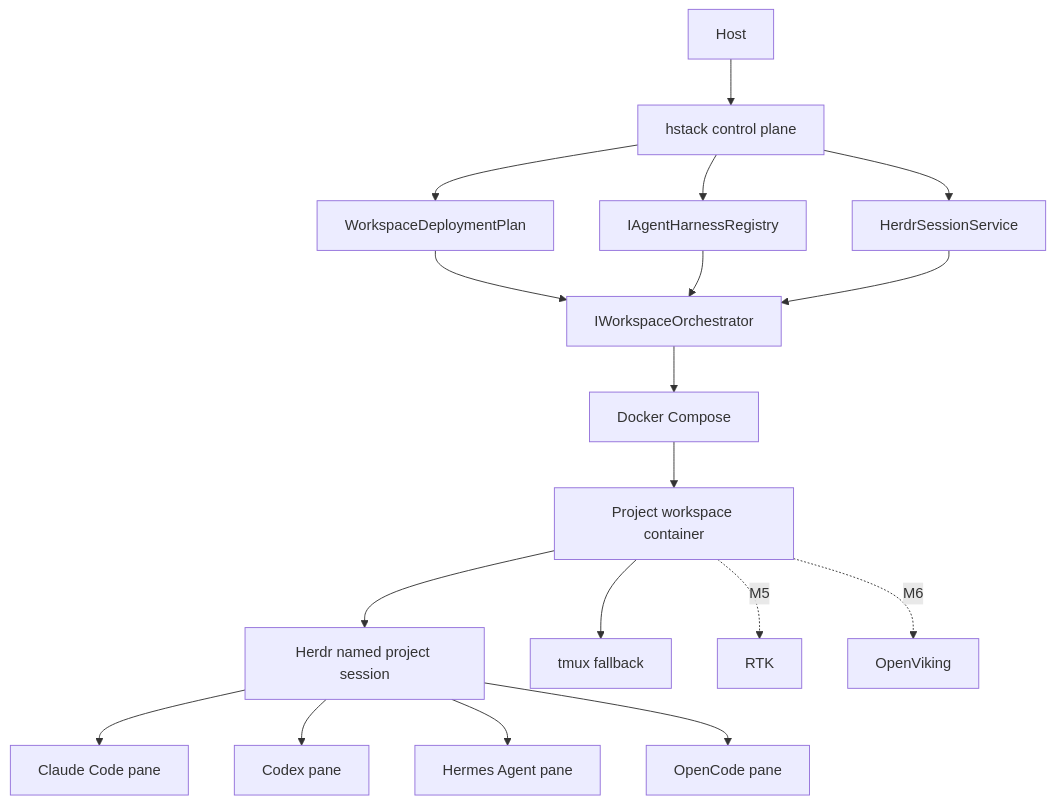
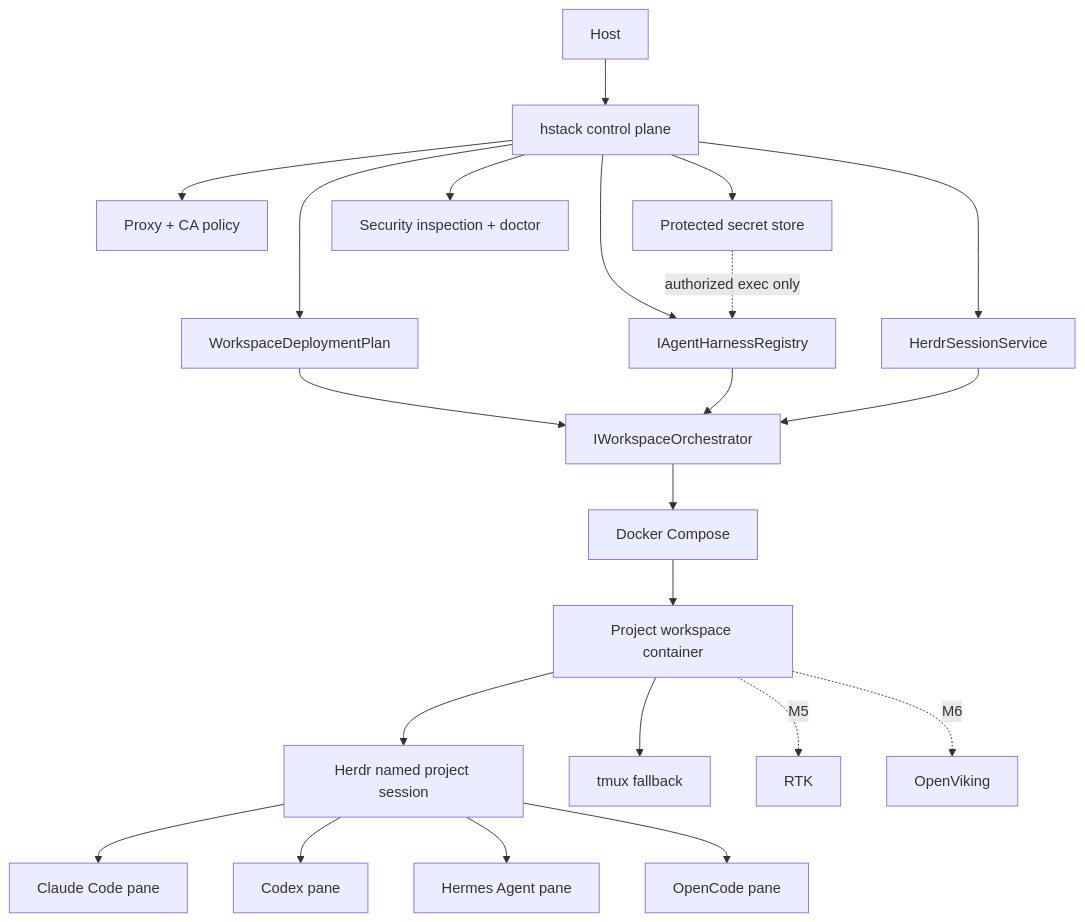
Before and after one commit to jcambert/HStack: the diagram in docs/architecture.md, drawn with Mermaid. The commit also changed other lines of this file and 63 other files, not shown here.

````diff
--- a/docs/architecture.md
+++ b/docs/architecture.md
@@ -5,20 +5,24 @@
 ```mermaid
 flowchart TD
   Host[Host] --> H[hstack control plane]
+  H --> Config[Proxy + CA policy]
+  H --> Secrets[Protected secret store]
   H --> Plan[WorkspaceDeploymentPlan]
   H --> Registry[IAgentHarnessRegistry]
   H --> Sessions[HerdrSessionService]
+  H --> Inspect[Security inspection + doctor]
   Plan --> Orch[IWorkspaceOrchestrator]
   Registry --> Orch
   Sessions --> Orch
   Orch --> Compose[Docker Compose]
   Compose --> Workspace[Project workspace container]
+  Secrets -. authorized exec only .-> Registry
   Workspace --> Herdr[Herdr named project session]
   Herdr --> Claude[Claude Code pane]
   Herdr --> Codex[Codex pane]
   Herdr --> Hermes[Hermes Agent pane]
   Herdr --> OpenCode[OpenCode pane]
   Workspace --> Tmux[tmux fallback]
   Workspace -. M5 .-> RTK[RTK]
   Workspace -. M6 .-> OV[OpenViking]
 ```
````
